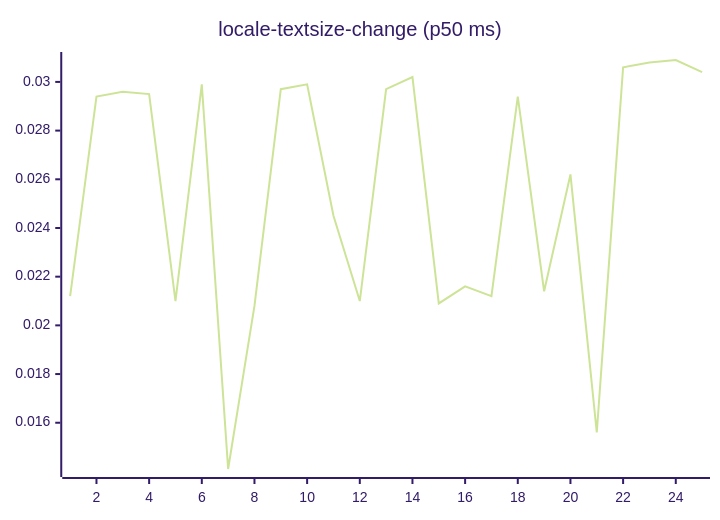
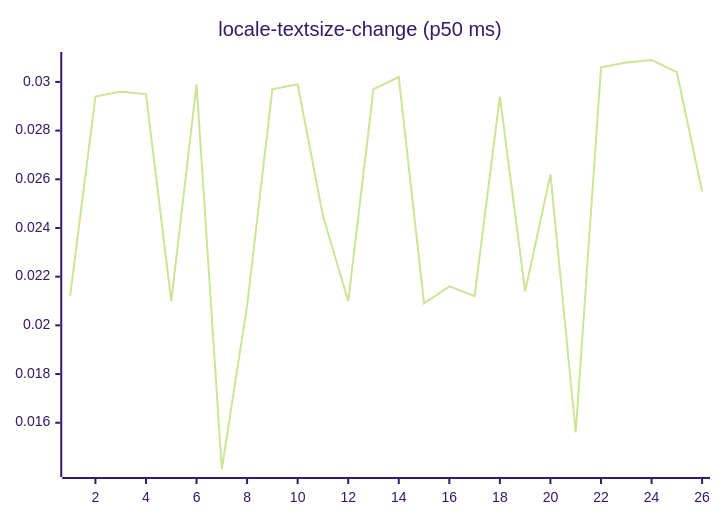
One commit to josha/Facet changed diagram 13 of 27 in README.md. Above: the diagram before and after it, drawn with Mermaid (forest theme). The commit also changed other lines of this file and 2 other files, not shown here.

````diff
--- a/README.md
+++ b/README.md
@@ -147,6 +147,6 @@
 ```mermaid
 xychart-beta
     title "locale-textsize-change (p50 ms)"
-    x-axis 1 --> 25
-    line [0.0212, 0.0294, 0.0296, 0.0295, 0.0210, 0.0299, 0.0141, 0.0208, 0.0297, 0.0299, 0.0245, 0.0210, 0.0297, 0.0302, 0.0209, 0.0216, 0.0212, 0.0294, 0.0214, 0.0262, 0.0156, 0.0306, 0.0308, 0.0309, 0.0304]
+    x-axis 1 --> 26
+    line [0.0212, 0.0294, 0.0296, 0.0295, 0.0210, 0.0299, 0.0141, 0.0208, 0.0297, 0.0299, 0.0245, 0.0210, 0.0297, 0.0302, 0.0209, 0.0216, 0.0212, 0.0294, 0.0214, 0.0262, 0.0156, 0.0306, 0.0308, 0.0309, 0.0304, 0.0255]
 ```
````
